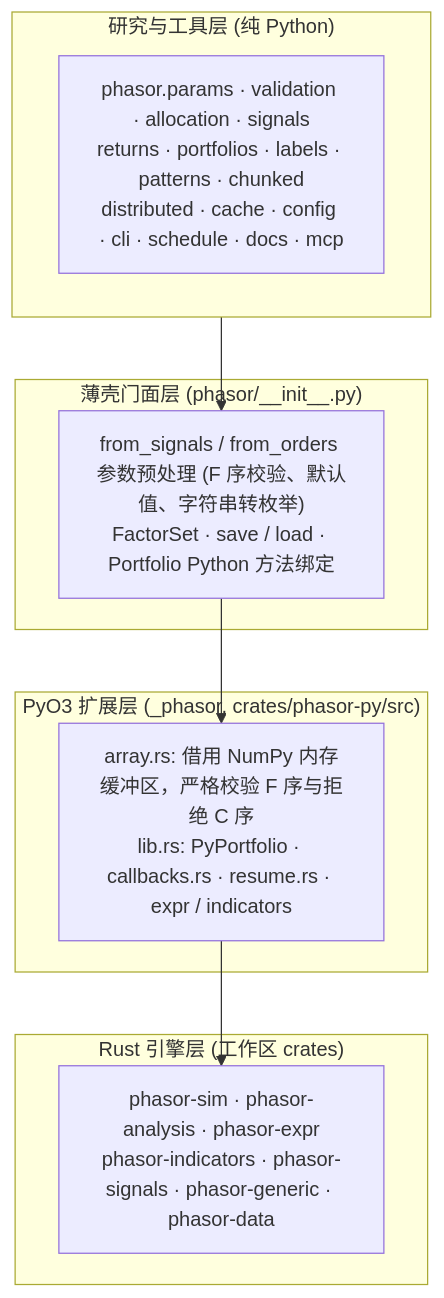
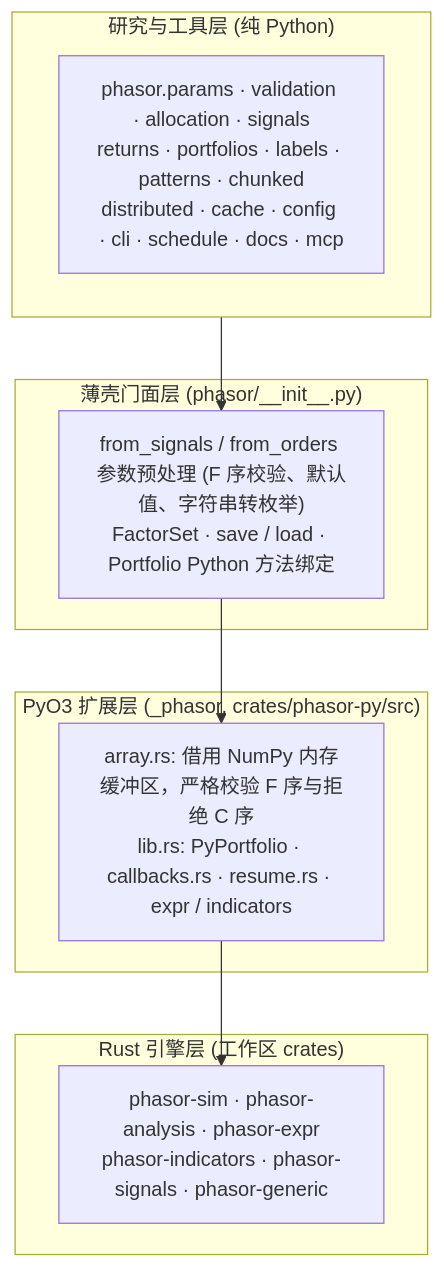
The eighth of 9 diagrams in docs/architecture.md (nivalume/phasor), drawn with Mermaid before and after one commit. The commit also changed other lines of this file and 25 other files, not shown here.

````diff
--- a/docs/architecture.md
+++ b/docs/architecture.md
@@ -419,22 +422,22 @@
 ```mermaid
 flowchart TD
     subgraph L3["研究与工具层 (纯 Python)"]
         PyTools["phasor.params · validation · allocation · signals<br/>returns · portfolios · labels · patterns · chunked<br/>distributed · cache · config · cli · schedule · docs · mcp"]
     end
 
     subgraph L2["薄壳门面层 (phasor/__init__.py)"]
         Facade["from_signals / from_orders 参数预处理 (F 序校验、默认值、字符串转枚举)<br/>FactorSet · save / load · Portfolio Python 方法绑定"]
     end
 
     subgraph L1["PyO3 扩展层 (_phasor, crates/phasor-py/src)"]
         Ext["array.rs: 借用 NumPy 内存缓冲区，严格校验 F 序与拒绝 C 序<br/>lib.rs: PyPortfolio · callbacks.rs · resume.rs · expr / indicators"]
     end
 
     subgraph L0["Rust 引擎层 (工作区 crates)"]
-        RustCrates["phasor-sim · phasor-analysis · phasor-expr<br/>phasor-indicators · phasor-signals · phasor-generic · phasor-data"]
+        RustCrates["phasor-sim · phasor-analysis · phasor-expr<br/>phasor-indicators · phasor-signals · phasor-generic"]
     end
 
     L3 --> Facade
     Facade --> Ext
     Ext --> RustCrates
 ```
````
